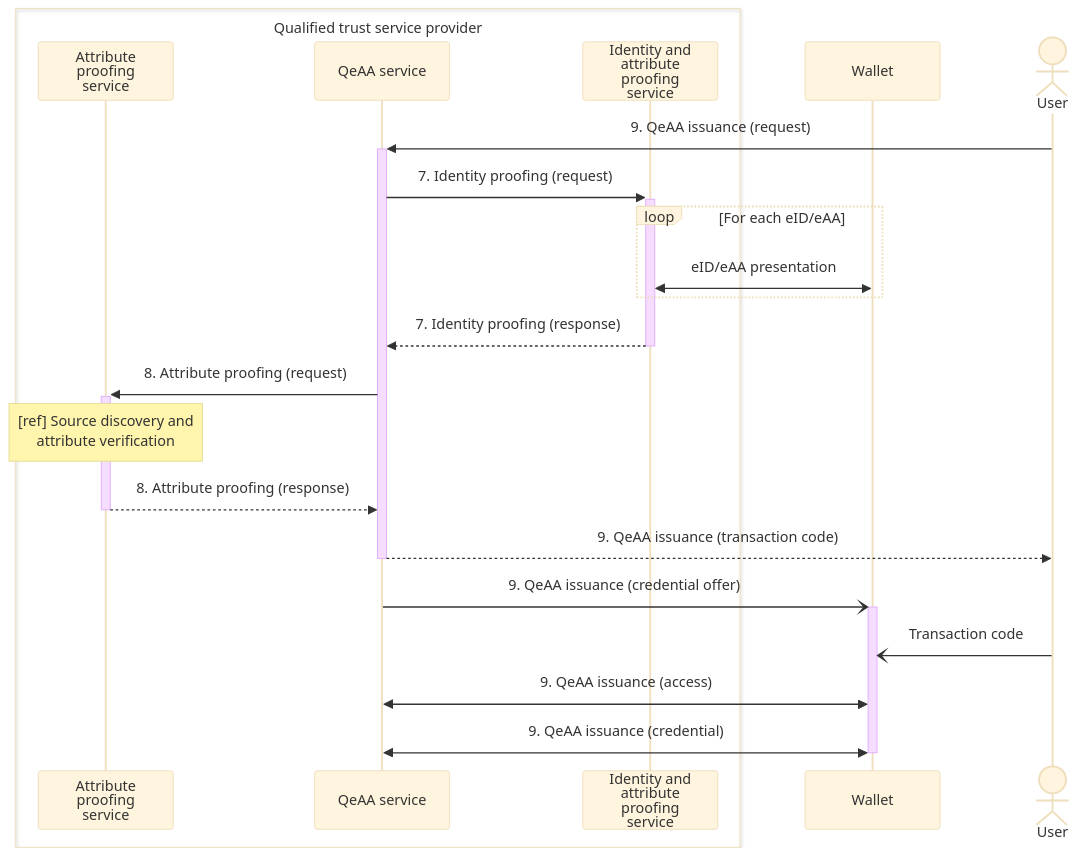
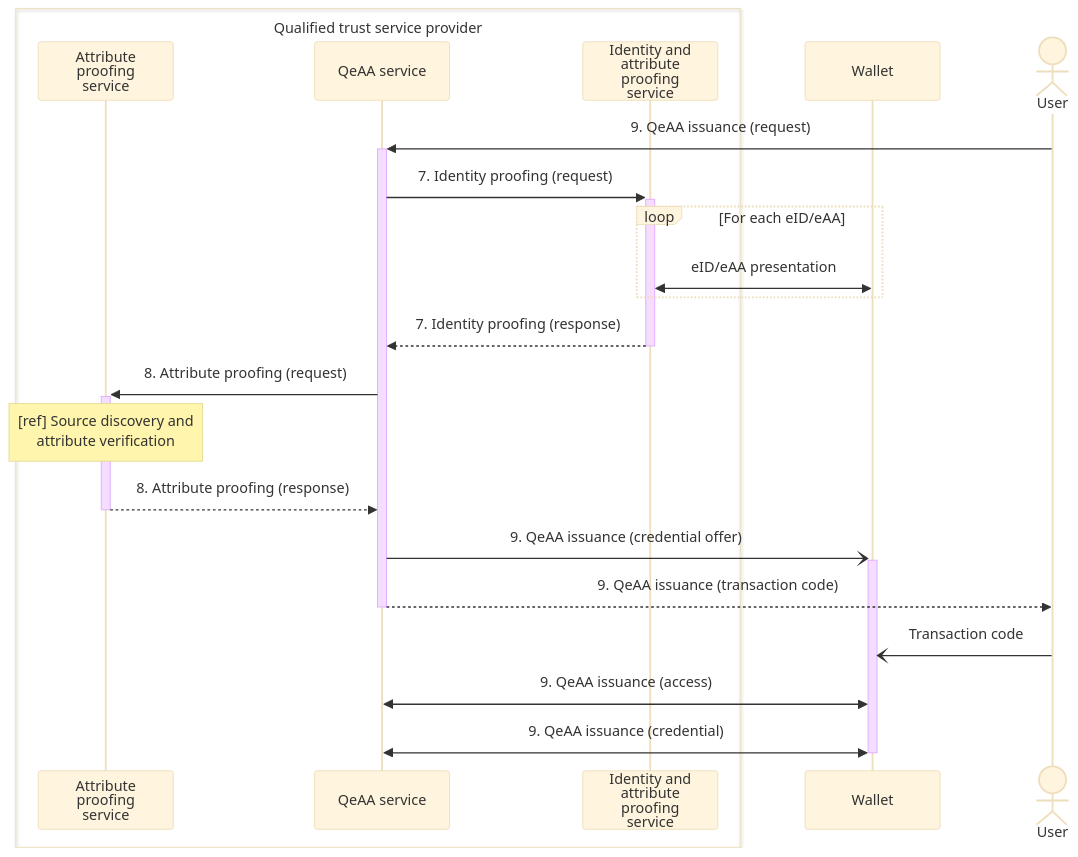
Before and after one commit to webuild-consortium/wp4-qtsp-group: the third of 4 diagrams in docs/qeaa/architecture.md, drawn with Mermaid (base theme). The commit also changed other lines of this file, not shown here.

Commit message:
Improve credential offer flow in sequence

````diff
--- a/docs/qeaa/architecture.md
+++ b/docs/qeaa/architecture.md
@@ -155,24 +155,24 @@
 ```mermaid
 sequenceDiagram
 box Qualified trust service provider
     participant APS as Attribute<br>proofing<br>service
     participant EAAS as QeAA service
     participant IPS as Identity and<br>attribute<br>proofing<br>service
 end
 participant Wallet
 actor User
 User ->>+ EAAS : 9. QeAA issuance (request)
 EAAS ->>+ IPS : 7. Identity proofing (request)
 loop For each eID/eAA
     IPS <<->> Wallet : eID/eAA presentation
 end
 IPS -->>- EAAS : 7. Identity proofing (response)
 EAAS ->>+ APS : 8. Attribute proofing (request)
 note over APS : [ref] Source discovery and<br>attribute verification
 APS -->>- EAAS : 8. Attribute proofing (response)
+EAAS -)+ Wallet : 9. QeAA issuance (credential offer)
 EAAS -->>- User : 9. QeAA issuance (transaction code)
-EAAS -)+ Wallet : 9. QeAA issuance (credential offer)
 User -) Wallet : Transaction code
 Wallet <<->> EAAS : 9. QeAA issuance (access)
 Wallet <<->>- EAAS : 9. QeAA issuance (credential)
 ```
````
